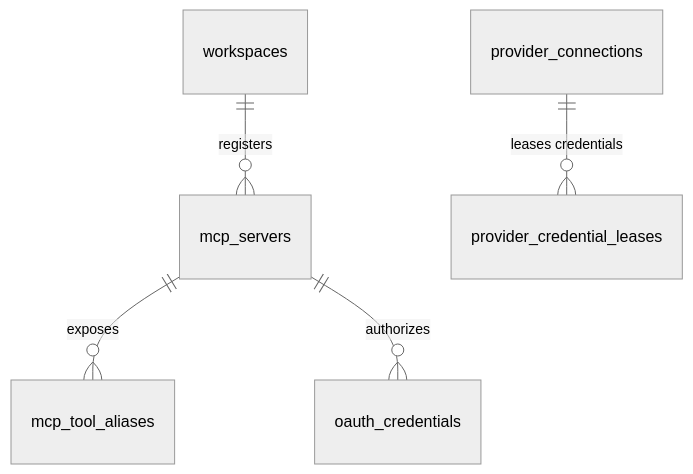
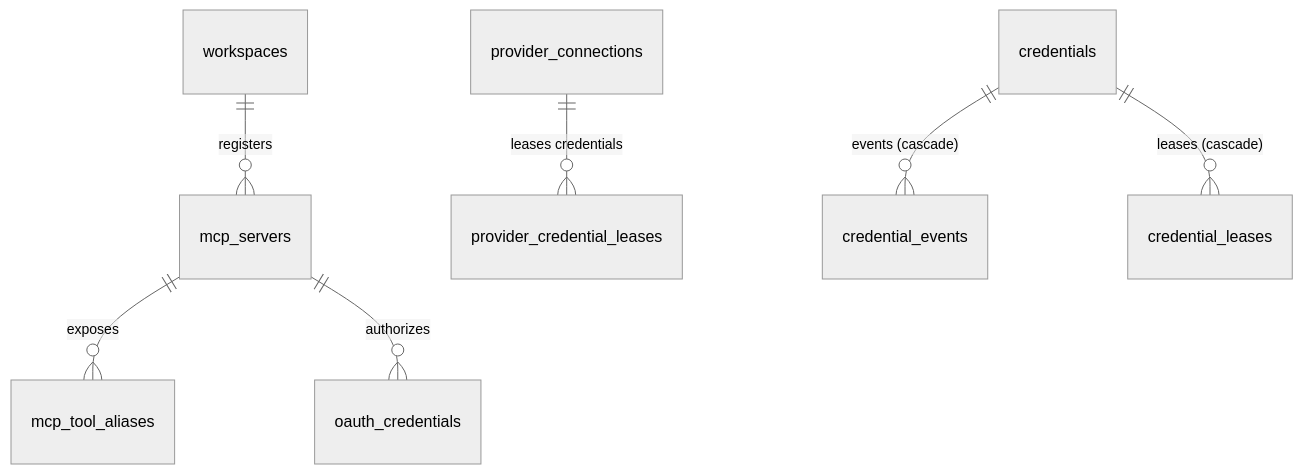
One commit to cc01cc/xihe-project changed the third of 7 diagrams in docs/i18n/zh-Hans/DEV-019-database-schema.md. Above: the diagram before and after it, drawn with Mermaid. The commit also changed other lines of this file and 14 other files, not shown here.

````diff
--- a/docs/i18n/zh-Hans/DEV-019-database-schema.md
+++ b/docs/i18n/zh-Hans/DEV-019-database-schema.md
@@ -89,8 +93,10 @@
 ```mermaid
 %%{init: {'theme': 'neutral'}}%%
 erDiagram
     workspaces ||--o{ mcp_servers : registers
     mcp_servers ||--o{ mcp_tool_aliases : exposes
     mcp_servers ||--o{ oauth_credentials : authorizes
     provider_connections ||--o{ provider_credential_leases : "leases credentials"
+    credentials ||--o{ credential_events : "events (cascade)"
+    credentials ||--o{ credential_leases : "leases (cascade)"
 ```
````
